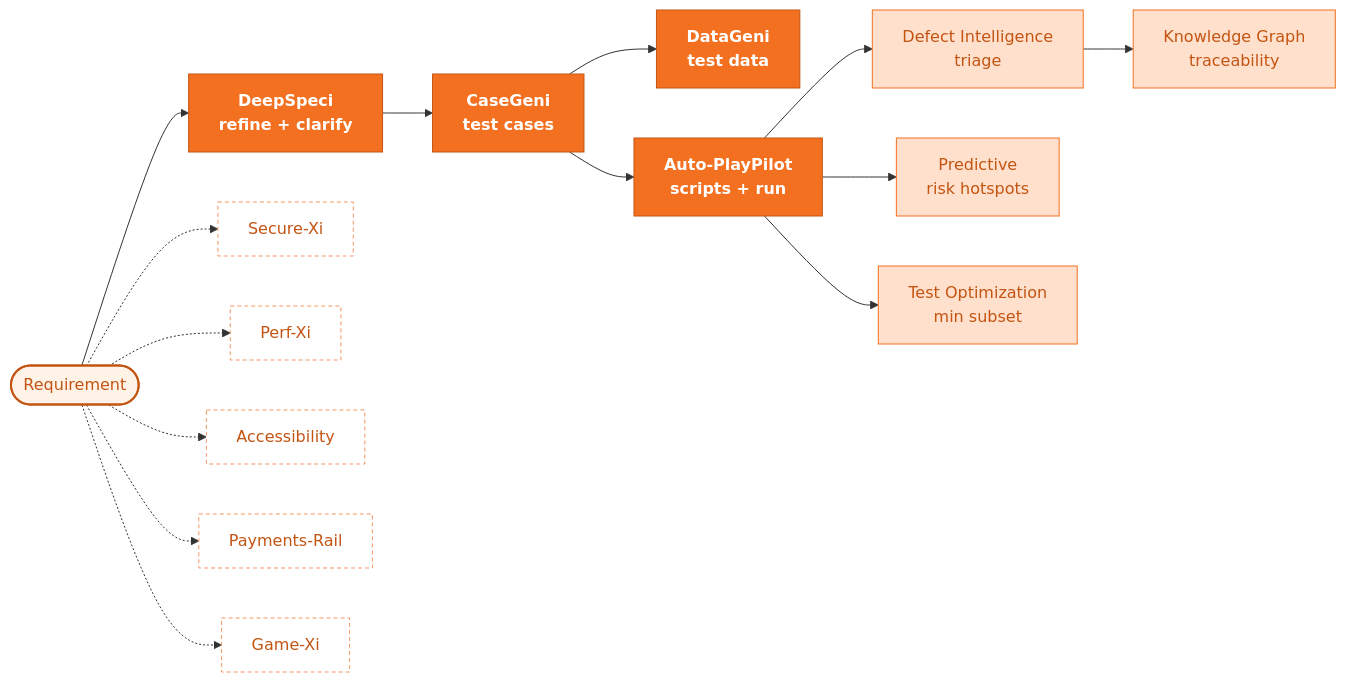
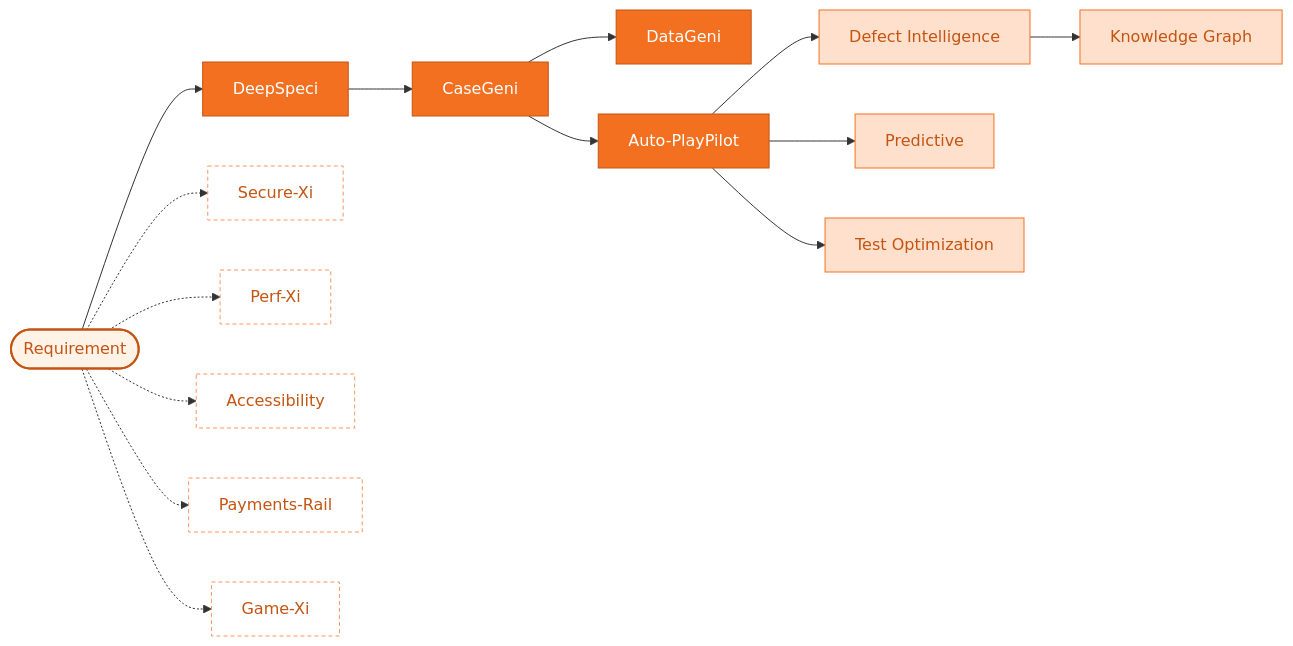
Before and after one commit to QE-CoE/zenseaiqicookbook: the diagram in docs/index.md, drawn with Mermaid. The commit also changed other lines of this file and 1 other file, not shown here.

````diff
--- a/docs/index.md
+++ b/docs/index.md
@@ -79,22 +80,22 @@
 ```mermaid
 flowchart LR
-  R([Requirement]):::input --> DS[DeepSpeci<br/>refine + clarify]:::core
-  DS --> CG[CaseGeni<br/>test cases]:::core
-  CG --> DG[DataGeni<br/>test data]:::core
-  CG --> APP[Auto-PlayPilot<br/>scripts + run]:::core
-  APP --> DI[Defect Intelligence<br/>triage]:::quality
-  DI --> KG[Knowledge Graph<br/>traceability]:::quality
-  APP --> PI[Predictive<br/>risk hotspots]:::quality
-  APP --> TO[Test Optimization<br/>min subset]:::quality
+  R([Requirement]):::input --> DS[DeepSpeci]:::core
+  DS --> CG[CaseGeni]:::core
+  CG --> DG[DataGeni]:::core
+  CG --> APP[Auto-PlayPilot]:::core
+  APP --> DI[Defect Intelligence]:::quality
+  DI --> KG[Knowledge Graph]:::quality
+  APP --> PI[Predictive]:::quality
+  APP --> TO[Test Optimization]:::quality
 
   R -.-> SX[Secure-Xi]:::spec
   R -.-> PX[Perf-Xi]:::spec
   R -.-> AC[Accessibility]:::spec
   R -.-> PR[Payments-Rail]:::spec
   R -.-> GX[Game-Xi]:::spec
 
   classDef input  fill:#FFF3E8,stroke:#C45412,stroke-width:2px,color:#C45412;
-  classDef core   fill:#F37021,stroke:#C45412,color:#fff,font-weight:bold;
+  classDef core   fill:#F37021,stroke:#C45412,color:#fff;
   classDef quality fill:#FFE0CC,stroke:#F37021,color:#C45412;
   classDef spec   fill:#FFFFFF,stroke:#F89561,color:#C45412,stroke-dasharray:4 3;
 ```
````
